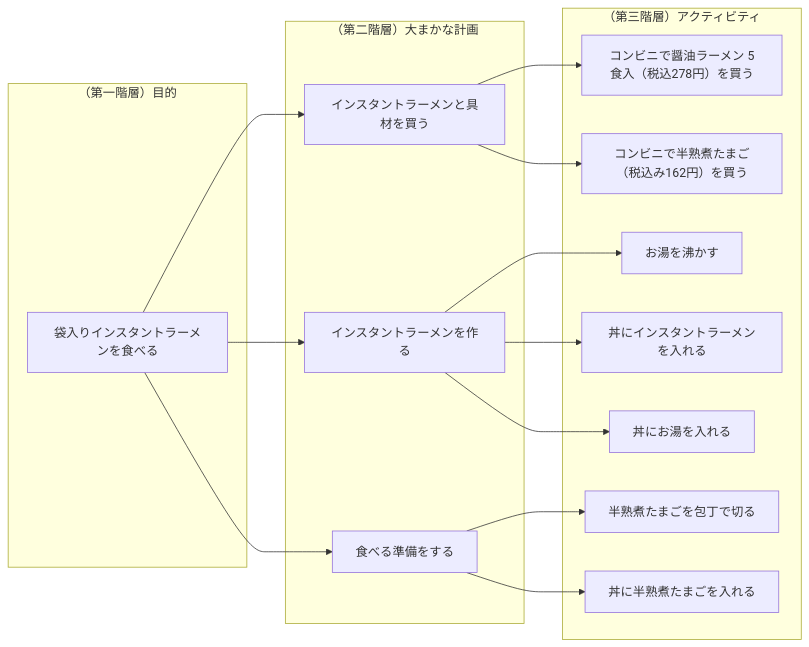
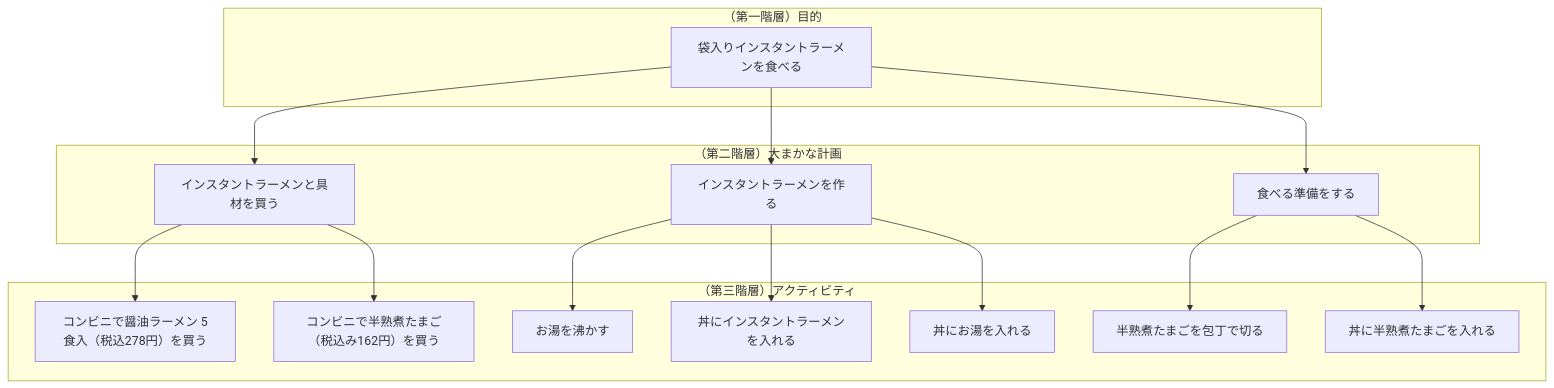
The diagram in WBS_1_3_wbs.md (eumura123/test), drawn with Mermaid before and after one commit.

Commit message:
演習1-3

````diff
--- a/WBS_1_3_wbs.md
+++ b/WBS_1_3_wbs.md
@@ -1,24 +1,24 @@
 ```mermaid
-flowchart LR
+flowchart TB
     subgraph "（第一階層）目的"
     1[袋入りインスタントラーメンを食べる]
     end
     2[インスタントラーメンと具材を買う]
     3[インスタントラーメンを作る]
     4[食べる準備をする]
     5[コンビニで醤油ラーメン 5食入（税込278円）を買う]
     6[コンビニで半熟煮たまご（税込み162円）を買う]
     7[お湯を沸かす]
     8[丼にインスタントラーメンを入れる]
     9[丼にお湯を入れる]
     10[半熟煮たまごを包丁で切る]
     11[丼に半熟煮たまごを入れる]
     subgraph "（第二階層）大まかな計画"
     1-->2 & 3 & 4
     end
     subgraph "（第三階層）アクティビティ"
     2-->5 & 6
     3-->7 & 8 & 9
     4-->10 & 11
     end
 ```
````
